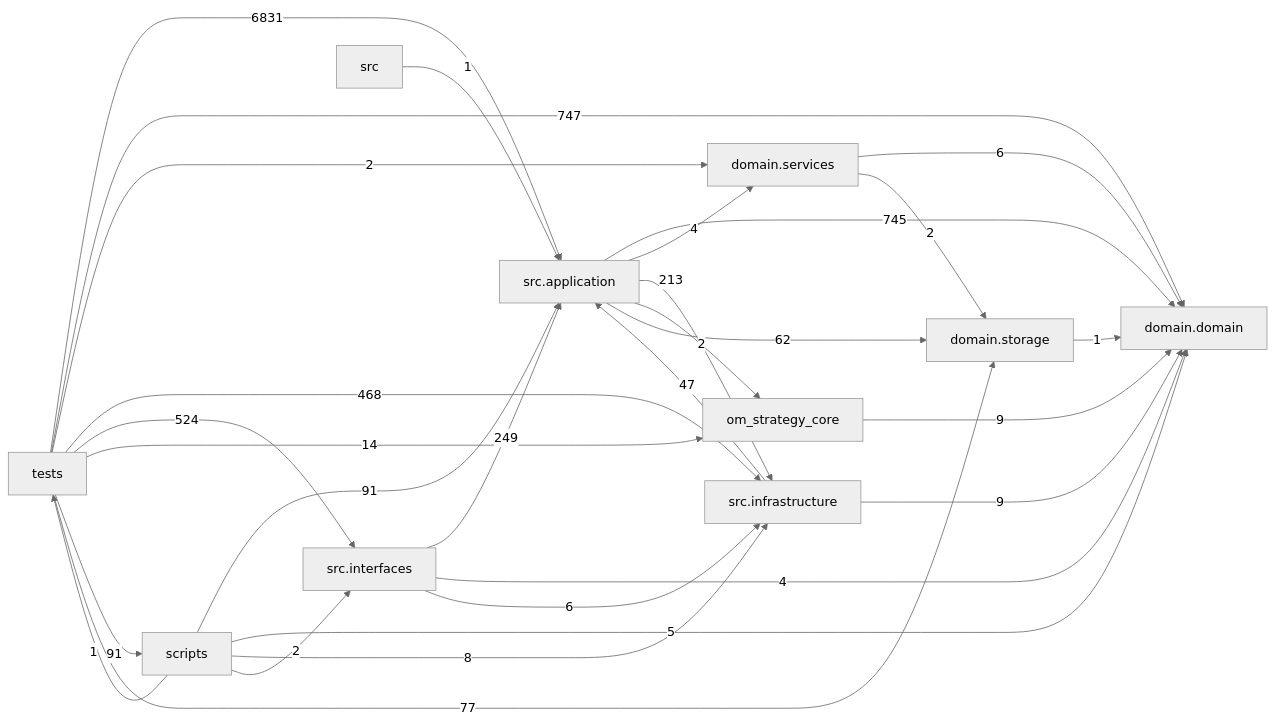
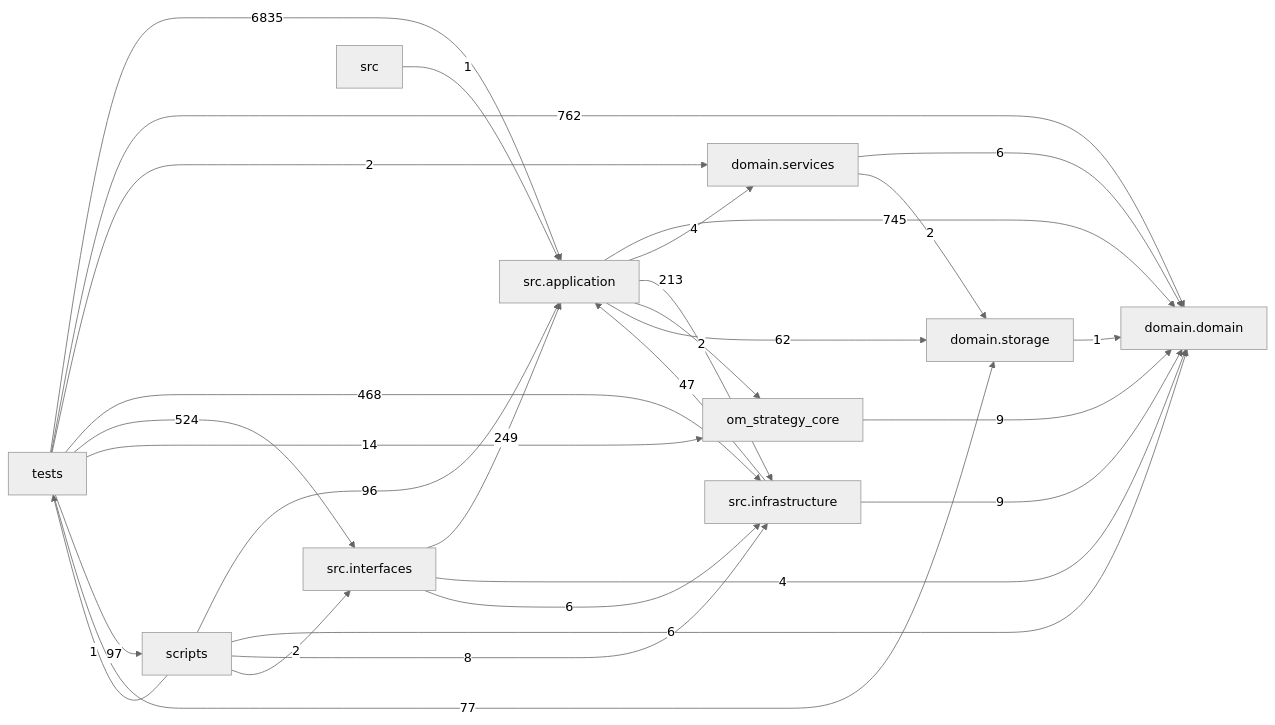
One commit to liuxie066/options-monitor changed the diagram in docs/DEPENDENCY_GRAPH.md. Above: the diagram before and after it, drawn with Mermaid (neutral theme). The commit also changed other lines of this file and 13 other files, not shown here.

````diff
--- a/docs/DEPENDENCY_GRAPH.md
+++ b/docs/DEPENDENCY_GRAPH.md
@@ -24,39 +24,39 @@
 ```mermaid
 flowchart LR
   tests["tests"]
   scripts["scripts"]
   interfaces["src.interfaces"]
   application["src.application"]
   infrastructure["src.infrastructure"]
   domain_services["domain.services"]
   domain["domain.domain"]
   storage["domain.storage"]
   application -->|745| domain
   application -->|4| domain_services
   application -->|213| infrastructure
   application -->|2| om_strategy_core
   application -->|62| storage
   domain_services -->|6| domain
   domain_services -->|2| storage
   infrastructure -->|47| application
   infrastructure -->|9| domain
   interfaces -->|249| application
   interfaces -->|4| domain
   interfaces -->|6| infrastructure
   om_strategy_core -->|9| domain
-  scripts -->|91| application
-  scripts -->|5| domain
+  scripts -->|96| application
+  scripts -->|6| domain
   scripts -->|8| infrastructure
   scripts -->|2| interfaces
   scripts -->|1| tests
   src -->|1| application
   storage -->|1| domain
-  tests -->|6831| application
-  tests -->|747| domain
+  tests -->|6835| application
+  tests -->|762| domain
   tests -->|2| domain_services
   tests -->|468| infrastructure
   tests -->|524| interfaces
   tests -->|14| om_strategy_core
-  tests -->|91| scripts
+  tests -->|97| scripts
   tests -->|77| storage
 ```
````
